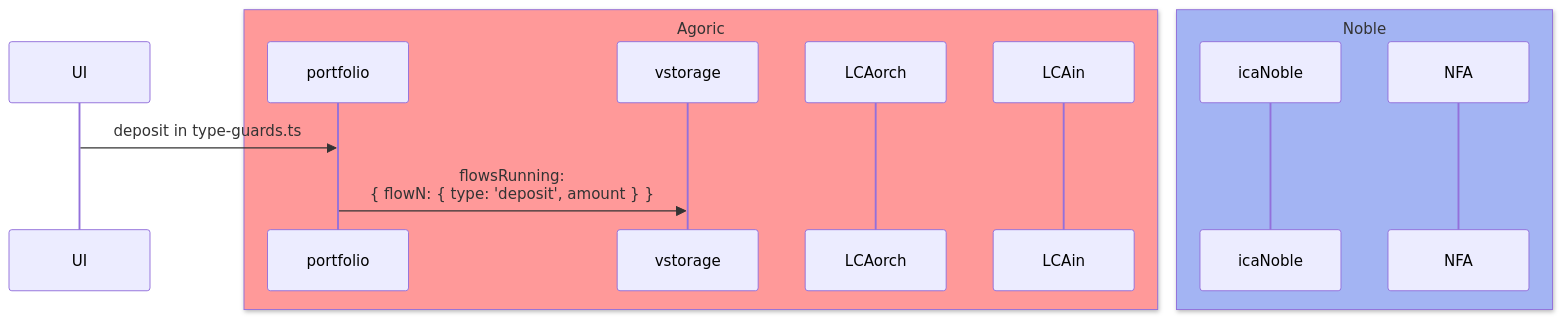
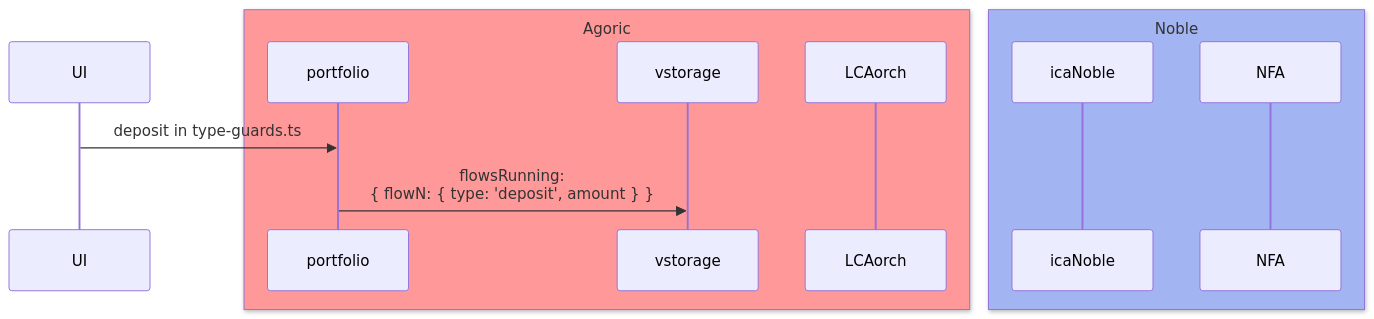
Before and after one commit to Agoric/agoric-sdk: the third of 9 diagrams in packages/portfolio-contract/DESIGN-BETA.md, drawn with Mermaid. The commit also changed other lines of this file, not shown here.

Commit message:
docs(portfolio-contract): remove LCAin as it's no longer used

````diff
--- a/packages/portfolio-contract/DESIGN-BETA.md
+++ b/packages/portfolio-contract/DESIGN-BETA.md
@@ -61,18 +60,17 @@
 ```mermaid
 sequenceDiagram
   UI ->> portfolio: deposit in type-guards.ts
 
   box rgb(255,153,153) Agoric
     participant portfolio
     participant vstorage
     participant LCAorch
-    participant LCAin
   end
 
   box rgb(163,180,243) Noble
     participant icaN as icaNoble
     participant NFA as NFA
   end
 
   portfolio ->> vstorage: flowsRunning:<br/>{ flowN: { type: 'deposit', amount } }
 ```
````
